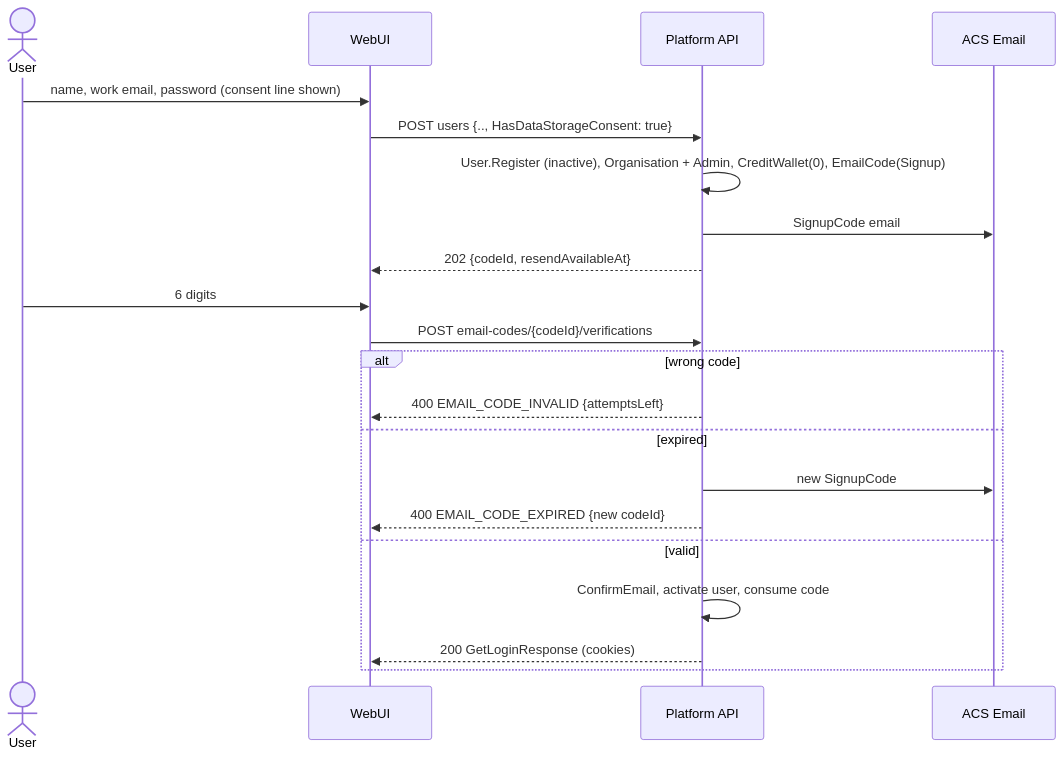
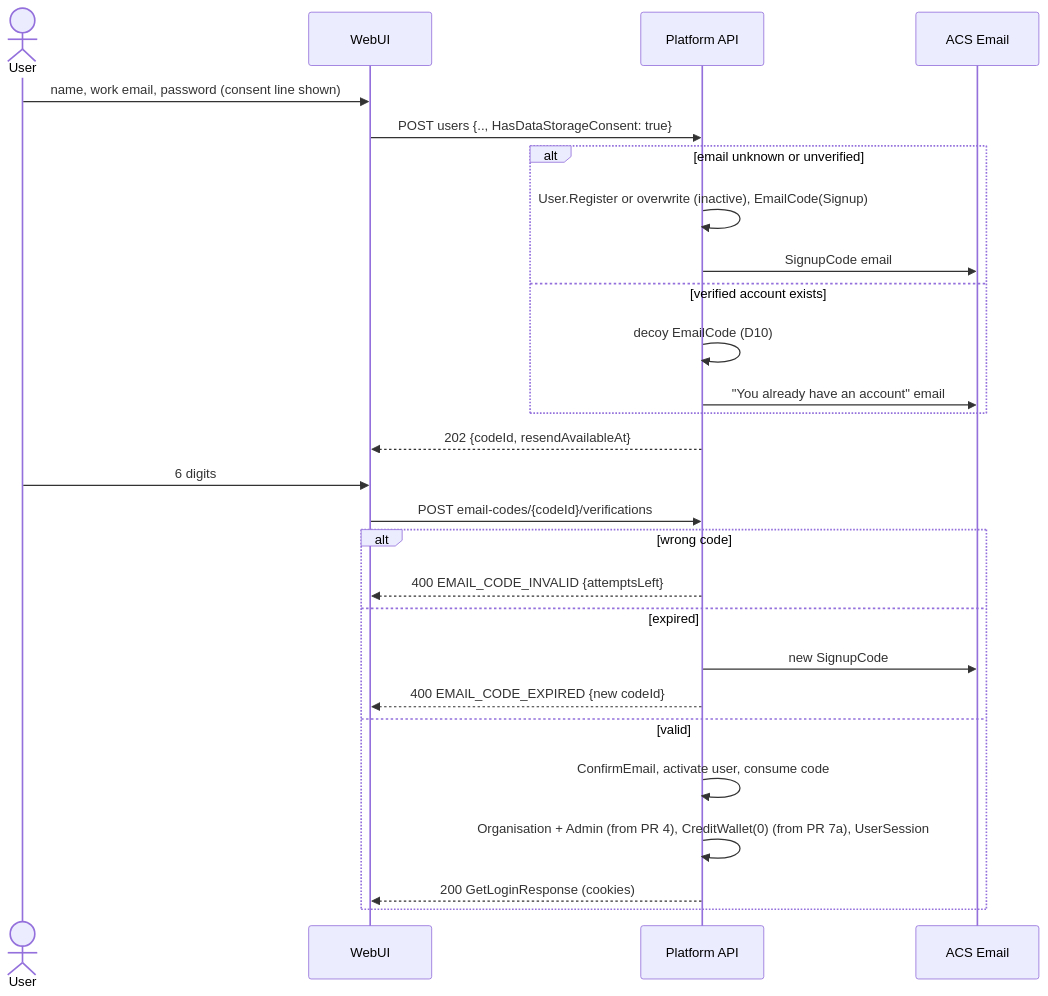
One commit to intochat/digitalbrain.docs changed the second of 8 diagrams in plans/platform-product-flows-2026-10-18.md. Above: the diagram before and after it, drawn with Mermaid. The commit also changed other lines of this file, not shown here.

Commit message:
plan: revise W4 platform flows after design review

````diff
--- a/plans/platform-product-flows-2026-10-18.md
+++ b/plans/platform-product-flows-2026-10-18.md
@@ -489,23 +597,29 @@
 ```mermaid
 sequenceDiagram
   actor U as User
   participant W as WebUI
   participant P as Platform API
   participant E as ACS Email
   U->>W: name, work email, password (consent line shown)
   W->>P: POST users {.., HasDataStorageConsent: true}
-  P->>P: User.Register (inactive), Organisation + Admin, CreditWallet(0), EmailCode(Signup)
-  P->>E: SignupCode email
+  alt email unknown or unverified
+    P->>P: User.Register or overwrite (inactive), EmailCode(Signup)
+    P->>E: SignupCode email
+  else verified account exists
+    P->>P: decoy EmailCode (D10)
+    P->>E: "You already have an account" email
+  end
   P-->>W: 202 {codeId, resendAvailableAt}
   U->>W: 6 digits
   W->>P: POST email-codes/{codeId}/verifications
   alt wrong code
     P-->>W: 400 EMAIL_CODE_INVALID {attemptsLeft}
   else expired
     P->>E: new SignupCode
     P-->>W: 400 EMAIL_CODE_EXPIRED {new codeId}
   else valid
     P->>P: ConfirmEmail, activate user, consume code
+    P->>P: Organisation + Admin (from PR 4), CreditWallet(0) (from PR 7a), UserSession
     P-->>W: 200 GetLoginResponse (cookies)
   end
 ```
````
